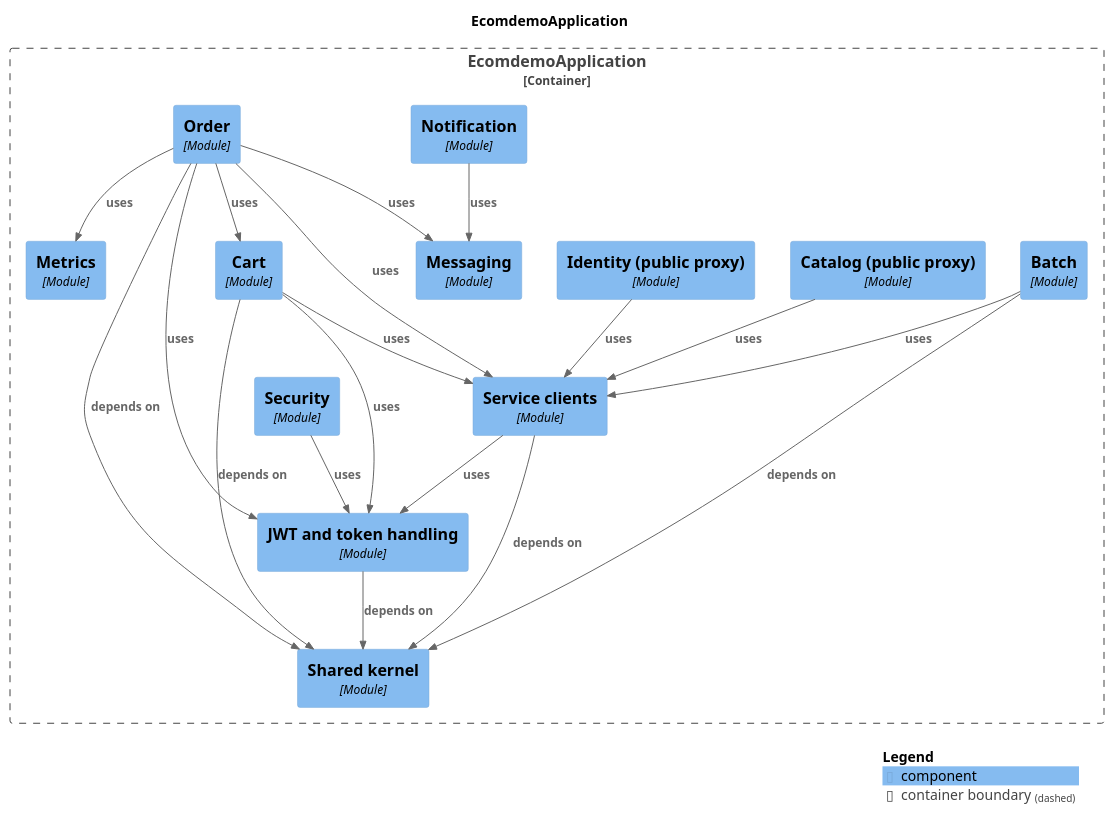
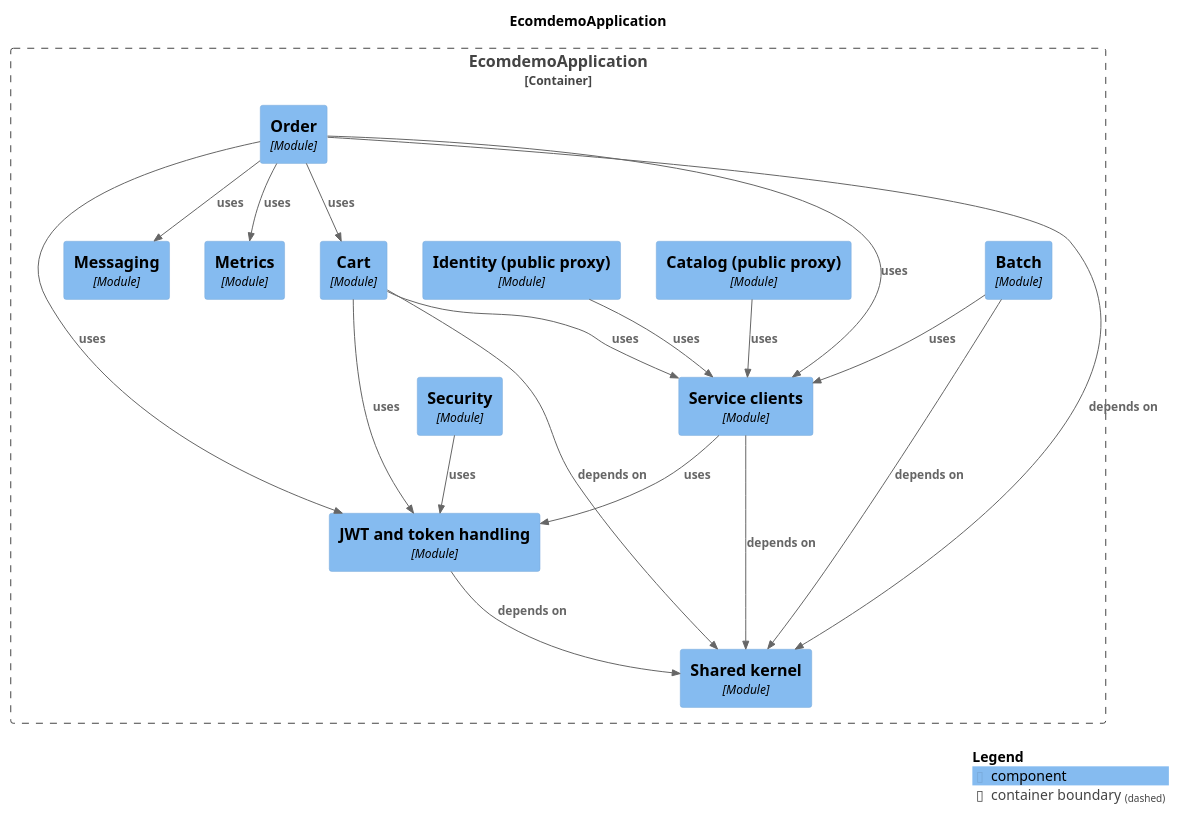
Before and after one commit to mr-sujay-patil/ecomdemo: the diagram in docs/modules/components.puml, drawn with PlantUML. The commit also changed 40 other files, not shown here.

```diff
--- a/docs/modules/components.puml
+++ b/docs/modules/components.puml
@@ -1,46 +1,44 @@
 @startuml
 set separator none
 title EcomdemoApplication
 
 top to bottom direction
 
 !include <C4/C4>
 !include <C4/C4_Context>
 !include <C4/C4_Component>
 
 Container_Boundary("EcomdemoApplication.EcomdemoApplication_boundary", "EcomdemoApplication", $tags="") {
-  Component(EcomdemoApplication.EcomdemoApplication.Security, "Security", $techn="Module", $descr="", $tags="", $link="")
   Component(EcomdemoApplication.EcomdemoApplication.Batch, "Batch", $techn="Module", $descr="", $tags="", $link="")
   Component(EcomdemoApplication.EcomdemoApplication.Cart, "Cart", $techn="Module", $descr="", $tags="", $link="")
   Component(EcomdemoApplication.EcomdemoApplication.Catalogpublicproxy, "Catalog (public proxy)", $techn="Module", $descr="", $tags="", $link="")
   Component(EcomdemoApplication.EcomdemoApplication.Identitypublicproxy, "Identity (public proxy)", $techn="Module", $descr="", $tags="", $link="")
   Component(EcomdemoApplication.EcomdemoApplication.Order, "Order", $techn="Module", $descr="", $tags="", $link="")
   Component(EcomdemoApplication.EcomdemoApplication.Messaging, "Messaging", $techn="Module", $descr="", $tags="", $link="")
   Component(EcomdemoApplication.EcomdemoApplication.Metrics, "Metrics", $techn="Module", $descr="", $tags="", $link="")
   Component(EcomdemoApplication.EcomdemoApplication.Sharedkernel, "Shared kernel", $techn="Module", $descr="", $tags="", $link="")
   Component(EcomdemoApplication.EcomdemoApplication.JWTandtokenhandling, "JWT and token handling", $techn="Module", $descr="", $tags="", $link="")
-  Component(EcomdemoApplication.EcomdemoApplication.Notification, "Notification", $techn="Module", $descr="", $tags="", $link="")
   Component(EcomdemoApplication.EcomdemoApplication.Serviceclients, "Service clients", $techn="Module", $descr="", $tags="", $link="")
+  Component(EcomdemoApplication.EcomdemoApplication.Security, "Security", $techn="Module", $descr="", $tags="", $link="")
 }
 
 Rel(EcomdemoApplication.EcomdemoApplication.Batch, EcomdemoApplication.EcomdemoApplication.Serviceclients, "uses", $techn="", $tags="", $link="")
 Rel(EcomdemoApplication.EcomdemoApplication.Batch, EcomdemoApplication.EcomdemoApplication.Sharedkernel, "depends on", $techn="", $tags="", $link="")
 Rel(EcomdemoApplication.EcomdemoApplication.Cart, EcomdemoApplication.EcomdemoApplication.JWTandtokenhandling, "uses", $techn="", $tags="", $link="")
 Rel(EcomdemoApplication.EcomdemoApplication.Cart, EcomdemoApplication.EcomdemoApplication.Serviceclients, "uses", $techn="", $tags="", $link="")
 Rel(EcomdemoApplication.EcomdemoApplication.Cart, EcomdemoApplication.EcomdemoApplication.Sharedkernel, "depends on", $techn="", $tags="", $link="")
 Rel(EcomdemoApplication.EcomdemoApplication.Catalogpublicproxy, EcomdemoApplication.EcomdemoApplication.Serviceclients, "uses", $techn="", $tags="", $link="")
 Rel(EcomdemoApplication.EcomdemoApplication.Identitypublicproxy, EcomdemoApplication.EcomdemoApplication.Serviceclients, "uses", $techn="", $tags="", $link="")
 Rel(EcomdemoApplication.EcomdemoApplication.JWTandtokenhandling, EcomdemoApplication.EcomdemoApplication.Sharedkernel, "depends on", $techn="", $tags="", $link="")
-Rel(EcomdemoApplication.EcomdemoApplication.Notification, EcomdemoApplication.EcomdemoApplication.Messaging, "uses", $techn="", $tags="", $link="")
 Rel(EcomdemoApplication.EcomdemoApplication.Order, EcomdemoApplication.EcomdemoApplication.Cart, "uses", $techn="", $tags="", $link="")
 Rel(EcomdemoApplication.EcomdemoApplication.Order, EcomdemoApplication.EcomdemoApplication.JWTandtokenhandling, "uses", $techn="", $tags="", $link="")
 Rel(EcomdemoApplication.EcomdemoApplication.Order, EcomdemoApplication.EcomdemoApplication.Messaging, "uses", $techn="", $tags="", $link="")
 Rel(EcomdemoApplication.EcomdemoApplication.Order, EcomdemoApplication.EcomdemoApplication.Metrics, "uses", $techn="", $tags="", $link="")
 Rel(EcomdemoApplication.EcomdemoApplication.Order, EcomdemoApplication.EcomdemoApplication.Serviceclients, "uses", $techn="", $tags="", $link="")
 Rel(EcomdemoApplication.EcomdemoApplication.Order, EcomdemoApplication.EcomdemoApplication.Sharedkernel, "depends on", $techn="", $tags="", $link="")
 Rel(EcomdemoApplication.EcomdemoApplication.Security, EcomdemoApplication.EcomdemoApplication.JWTandtokenhandling, "uses", $techn="", $tags="", $link="")
 Rel(EcomdemoApplication.EcomdemoApplication.Serviceclients, EcomdemoApplication.EcomdemoApplication.JWTandtokenhandling, "uses", $techn="", $tags="", $link="")
 Rel(EcomdemoApplication.EcomdemoApplication.Serviceclients, EcomdemoApplication.EcomdemoApplication.Sharedkernel, "depends on", $techn="", $tags="", $link="")
 
 SHOW_LEGEND(true)
 @enduml
```
